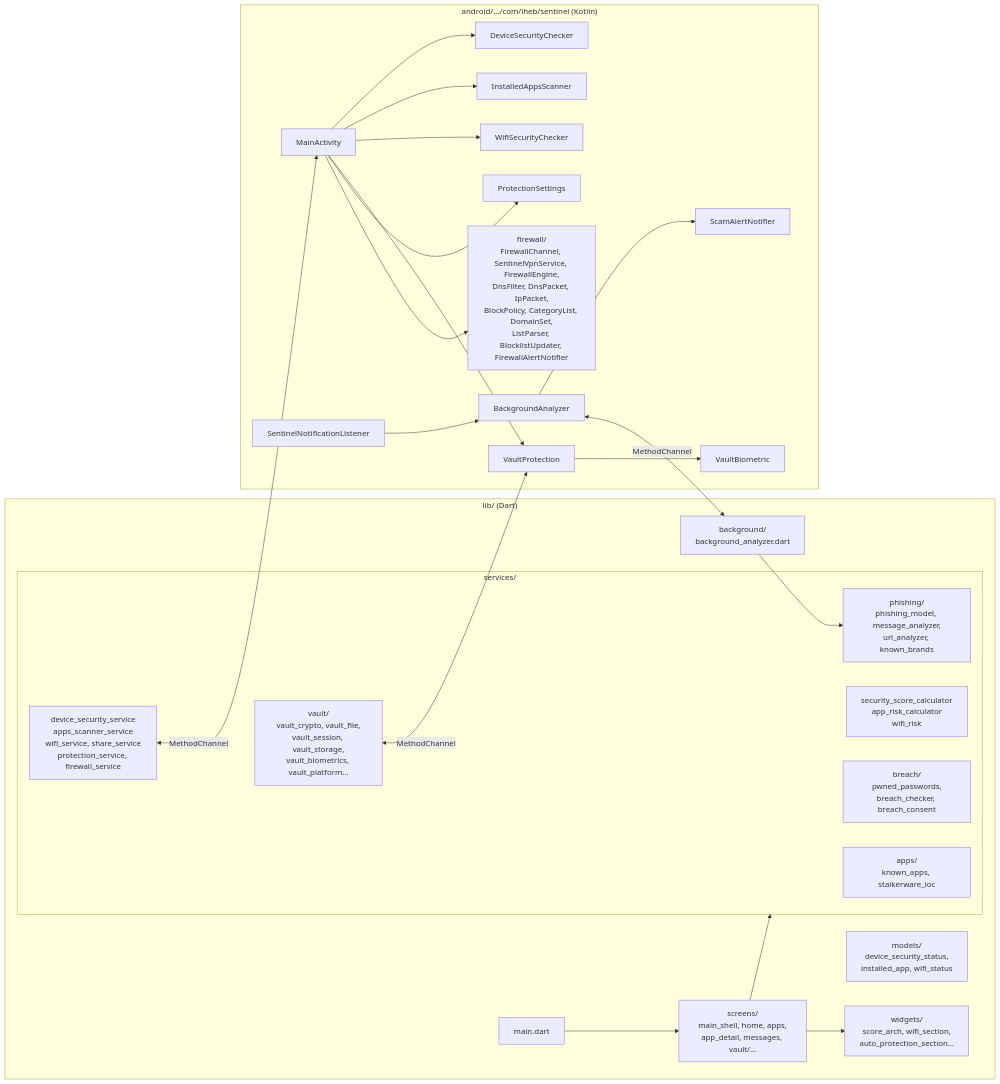
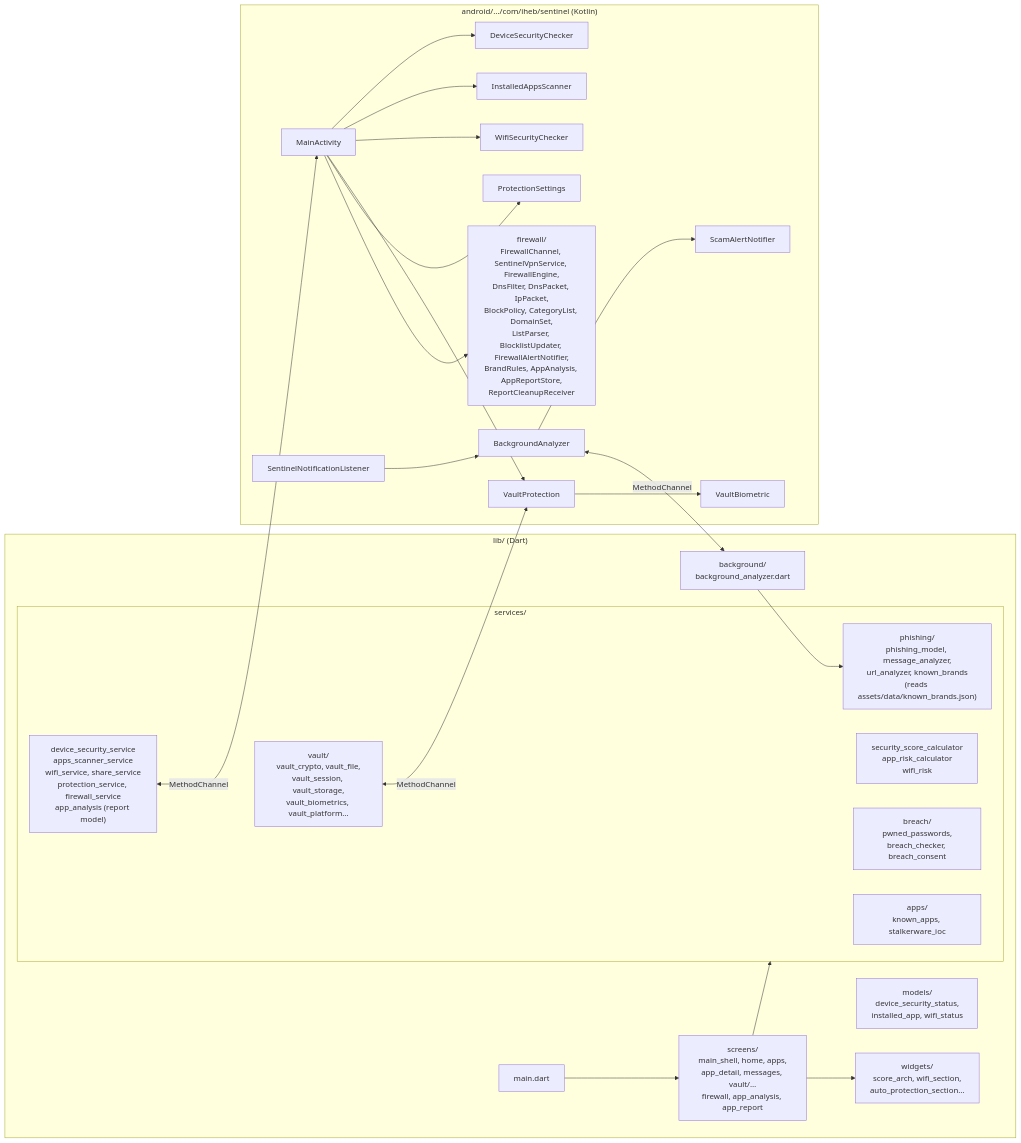
One commit to Ihebnsir/sentinel changed the first of 8 diagrams in docs/ARCHITECTURE.md. Above: the diagram before and after it, drawn with Mermaid. The commit also changed other lines of this file and 36 other files, not shown here.

````diff
--- a/docs/ARCHITECTURE.md
+++ b/docs/ARCHITECTURE.md
@@ -11,42 +11,42 @@
 ```mermaid
 flowchart LR
   subgraph Dart["lib/ (Dart)"]
     main["main.dart"]
-    screens["screens/<br/>main_shell, home, apps,<br/>app_detail, messages, vault/…"]
+    screens["screens/<br/>main_shell, home, apps,<br/>app_detail, messages, vault/…<br/>firewall, app_analysis, app_report"]
     widgets["widgets/<br/>score_arch, wifi_section,<br/>auto_protection_section…"]
     models["models/<br/>device_security_status,<br/>installed_app, wifi_status"]
     subgraph services["services/"]
       calc["security_score_calculator<br/>app_risk_calculator<br/>wifi_risk"]
-      phishing["phishing/<br/>phishing_model, message_analyzer,<br/>url_analyzer, known_brands"]
+      phishing["phishing/<br/>phishing_model, message_analyzer,<br/>url_analyzer, known_brands<br/>(reads assets/data/known_brands.json)"]
       vault["vault/<br/>vault_crypto, vault_file,<br/>vault_session, vault_storage,<br/>vault_biometrics, vault_platform…"]
       breach["breach/<br/>pwned_passwords,<br/>breach_checker, breach_consent"]
       appsdb["apps/<br/>known_apps, stalkerware_ioc"]
-      bridges["device_security_service<br/>apps_scanner_service<br/>wifi_service, share_service<br/>protection_service, firewall_service"]
+      bridges["device_security_service<br/>apps_scanner_service<br/>wifi_service, share_service<br/>protection_service, firewall_service<br/>app_analysis (report model)"]
     end
     background["background/<br/>background_analyzer.dart"]
   end
 
   subgraph Kotlin["android/…/com/iheb/sentinel (Kotlin)"]
     activity["MainActivity"]
     dev["DeviceSecurityChecker"]
     apps["InstalledAppsScanner"]
     wifi["WifiSecurityChecker"]
     vp["VaultProtection"]
     bio["VaultBiometric"]
     listener["SentinelNotificationListener"]
     bg["BackgroundAnalyzer"]
     notif["ScamAlertNotifier"]
     prefs["ProtectionSettings"]
-    fw["firewall/<br/>FirewallChannel, SentinelVpnService, FirewallEngine,<br/>DnsFilter, DnsPacket, IpPacket,<br/>BlockPolicy, CategoryList, DomainSet,<br/>ListParser, BlocklistUpdater, FirewallAlertNotifier"]
+    fw["firewall/<br/>FirewallChannel, SentinelVpnService, FirewallEngine,<br/>DnsFilter, DnsPacket, IpPacket,<br/>BlockPolicy, CategoryList, DomainSet,<br/>ListParser, BlocklistUpdater, FirewallAlertNotifier,<br/>BrandRules, AppAnalysis, AppReportStore,<br/>ReportCleanupReceiver"]
   end
 
   main --> screens --> widgets
   screens --> services
   bridges <-->|MethodChannel| activity
   vault <-->|MethodChannel| vp
   activity --> dev & apps & wifi & vp & prefs & fw
   vp --> bio
   listener --> bg --> notif
   bg <-->|MethodChannel| background
   background --> phishing
 ```
````
